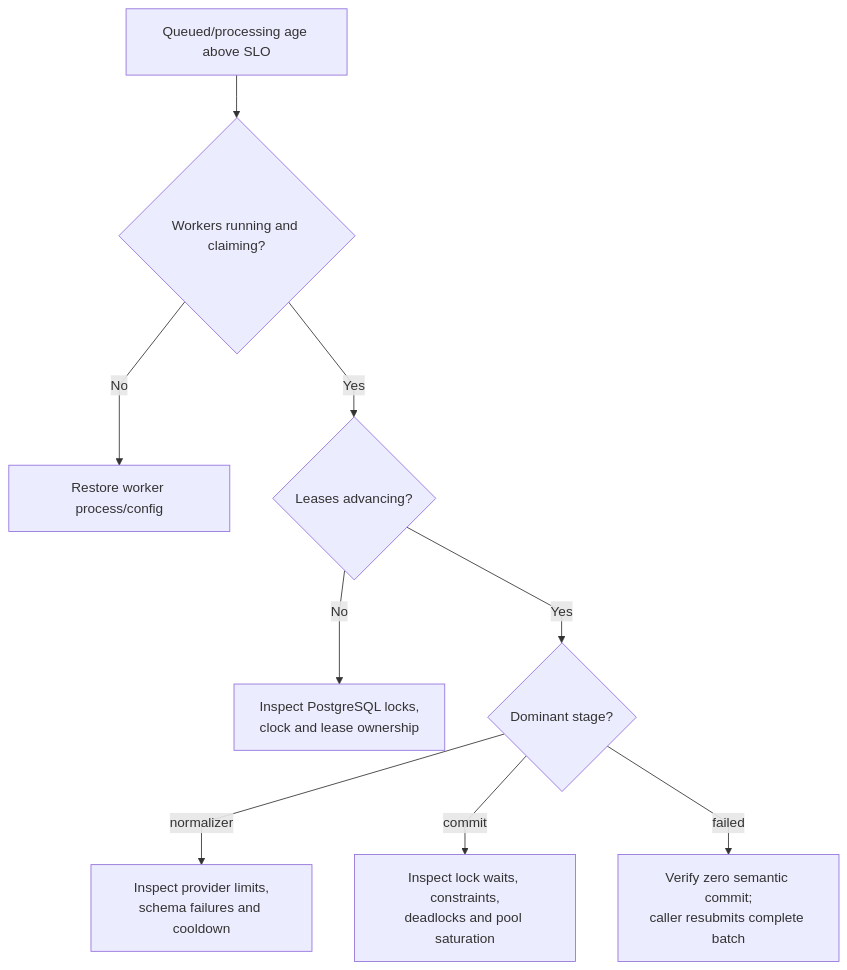
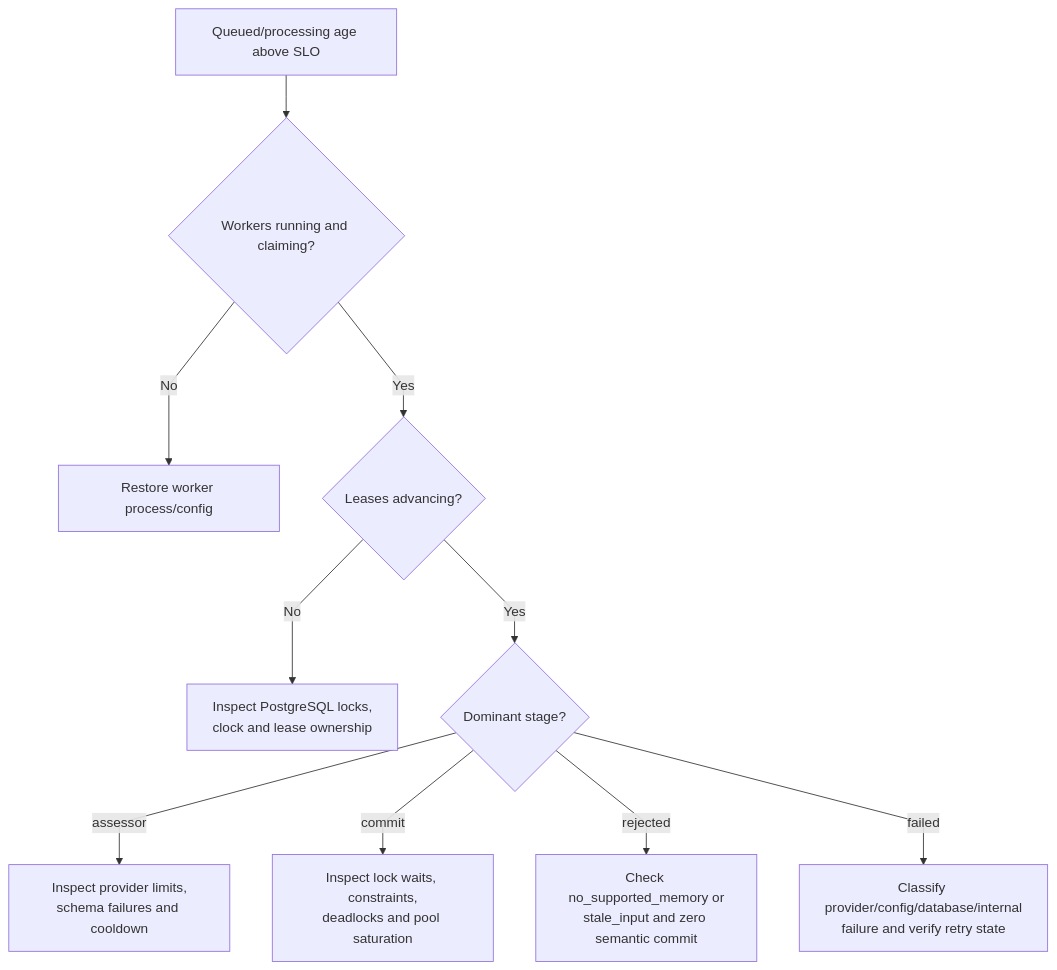
The fourth of 10 diagrams in Operations-Runbook.md (markhuangai/dense-mem), drawn with Mermaid before and after one commit. The commit also changed other lines of this file and 17 other files, not shown here.

````diff
--- a/Operations-Runbook.md
+++ b/Operations-Runbook.md
@@ -372,12 +379,13 @@
 ```mermaid
 %%{init: {"flowchart": {"curve": "linear"}}}%%
 flowchart TD
   Backlog["Queued/processing age above SLO"] --> Workers{"Workers running and claiming?"}
   Workers -- No --> Start["Restore worker process/config"]
   Workers -- Yes --> Lease{"Leases advancing?"}
   Lease -- No --> Locks["Inspect PostgreSQL locks,<br/>clock and lease ownership"]
   Lease -- Yes --> Stage{"Dominant stage?"}
-  Stage -- normalizer --> Provider["Inspect provider limits,<br/>schema failures and cooldown"]
+  Stage -- assessor --> Provider["Inspect provider limits,<br/>schema failures and cooldown"]
   Stage -- commit --> DB["Inspect lock waits, constraints,<br/>deadlocks and pool saturation"]
-  Stage -- failed --> Resubmit["Verify zero semantic commit;<br/>caller resubmits complete batch"]
+  Stage -- rejected --> Reject["Check no_supported_memory or<br/>stale_input and zero semantic commit"]
+  Stage -- failed --> Failed["Classify provider/config/database/internal<br/>failure and verify retry state"]
 ```
````
